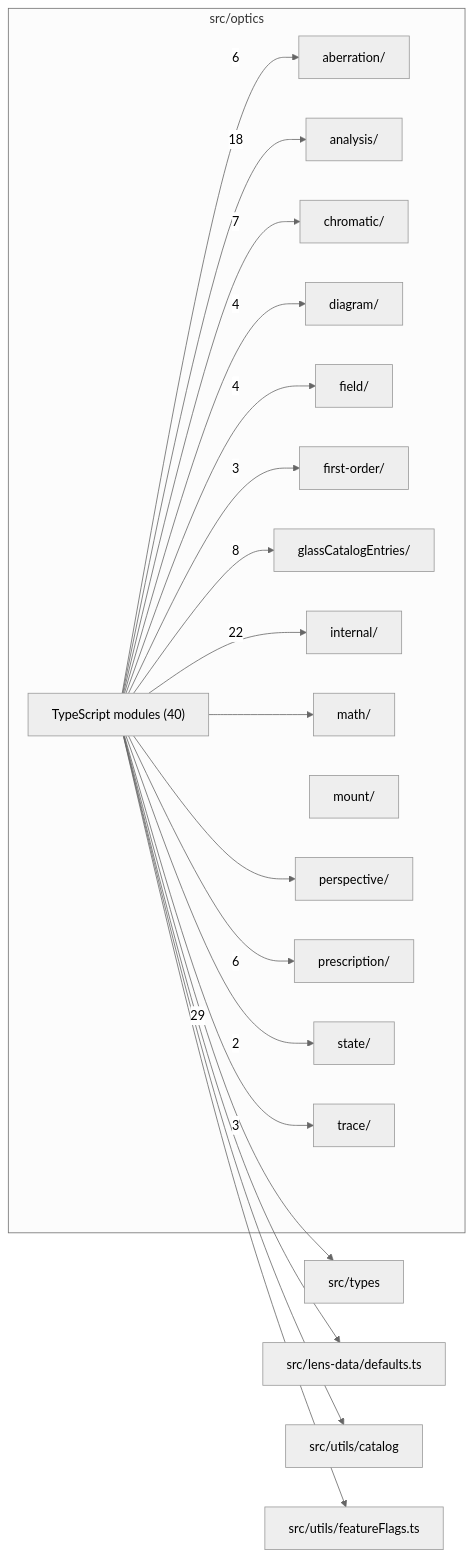
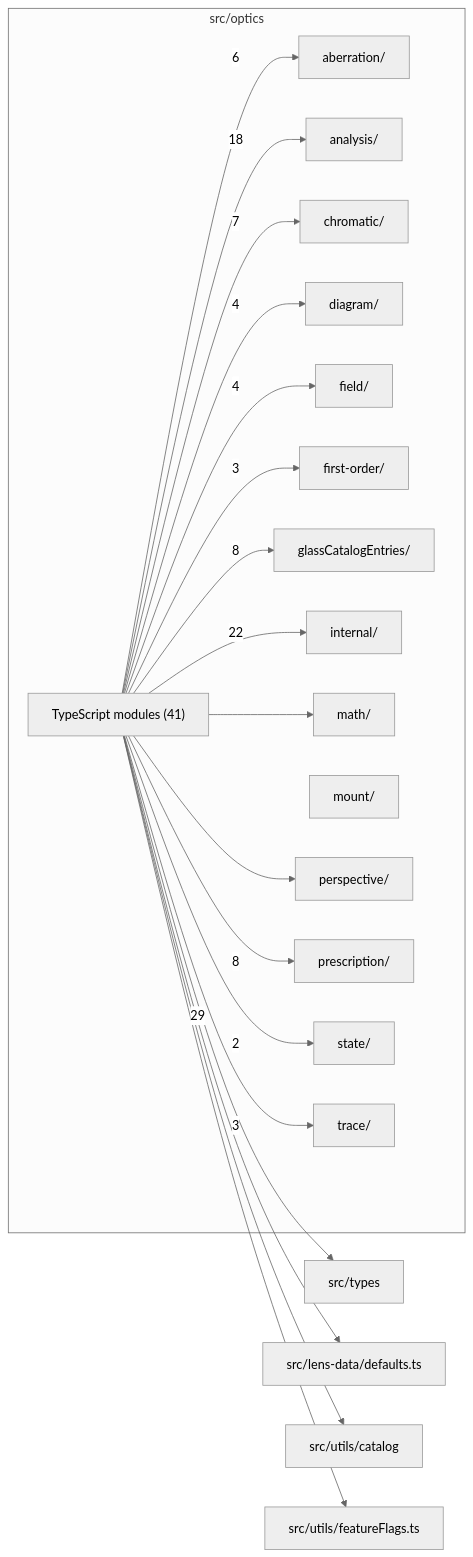
One commit to BeamFour/LensVisualizer changed the diagram in src/optics/readme.md. Above: the diagram before and after it, drawn with Mermaid (neutral theme). The commit also changed other lines of this file and 44 other files, not shown here.

````diff
--- a/src/optics/readme.md
+++ b/src/optics/readme.md
@@ -9,41 +9,41 @@
 ```mermaid
 flowchart LR
   subgraph n_src_optics["src/optics"]
     n_src_optics_src_optics_aberration["aberration/"]
     n_src_optics_src_optics_analysis["analysis/"]
     n_src_optics_src_optics_chromatic["chromatic/"]
     n_src_optics_src_optics_diagram["diagram/"]
     n_src_optics_src_optics_field["field/"]
     n_src_optics_src_optics_first_order["first-order/"]
     n_src_optics_src_optics_glassCatalogEntries["glassCatalogEntries/"]
     n_src_optics_src_optics_internal["internal/"]
     n_src_optics_src_optics_math["math/"]
     n_src_optics_src_optics_mount["mount/"]
     n_src_optics_src_optics_perspective["perspective/"]
     n_src_optics_src_optics_prescription["prescription/"]
     n_src_optics_src_optics_state["state/"]
     n_src_optics_src_optics_trace["trace/"]
-    n_src_optics_TypeScript_modules["TypeScript modules (40)"]
+    n_src_optics_TypeScript_modules["TypeScript modules (41)"]
   end
   n_external_src_types["src/types"]
   n_external_src_lens_data_defaults_ts["src/lens-data/defaults.ts"]
   n_external_src_utils_catalog["src/utils/catalog"]
   n_external_src_utils_featureFlags_ts["src/utils/featureFlags.ts"]
   n_src_optics_TypeScript_modules --> |29| n_external_src_types
   n_src_optics_TypeScript_modules --> |22| n_src_optics_src_optics_internal
   n_src_optics_TypeScript_modules --> |18| n_src_optics_src_optics_analysis
   n_src_optics_TypeScript_modules --> |8| n_src_optics_src_optics_glassCatalogEntries
+  n_src_optics_TypeScript_modules --> |8| n_src_optics_src_optics_prescription
   n_src_optics_TypeScript_modules --> |7| n_src_optics_src_optics_chromatic
   n_src_optics_TypeScript_modules --> |6| n_src_optics_src_optics_aberration
-  n_src_optics_TypeScript_modules --> |6| n_src_optics_src_optics_prescription
   n_src_optics_TypeScript_modules --> |4| n_src_optics_src_optics_diagram
   n_src_optics_TypeScript_modules --> |4| n_src_optics_src_optics_field
   n_src_optics_TypeScript_modules --> |3| n_src_optics_src_optics_first_order
   n_src_optics_TypeScript_modules --> |3| n_src_optics_src_optics_trace
   n_src_optics_TypeScript_modules --> |2| n_src_optics_src_optics_state
   n_src_optics_TypeScript_modules --> n_external_src_lens_data_defaults_ts
   n_src_optics_TypeScript_modules --> n_external_src_utils_catalog
   n_src_optics_TypeScript_modules --> n_external_src_utils_featureFlags_ts
   n_src_optics_TypeScript_modules --> n_src_optics_src_optics_math
   n_src_optics_TypeScript_modules --> n_src_optics_src_optics_perspective
 ```
````
